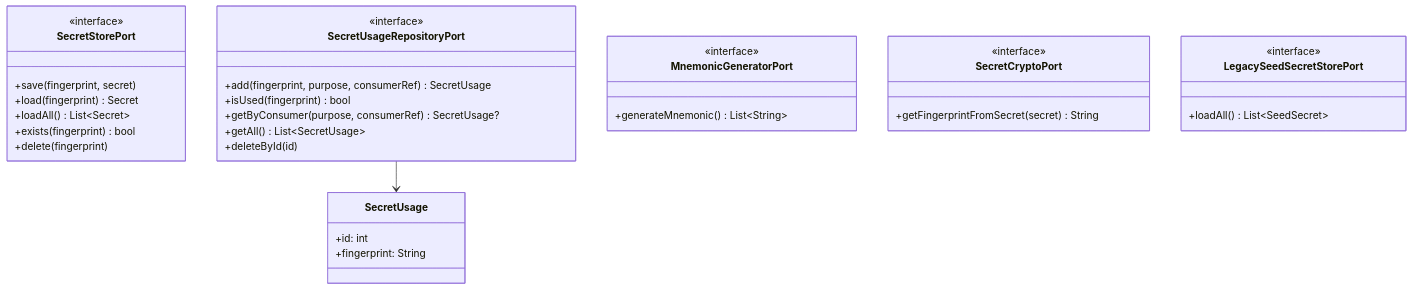
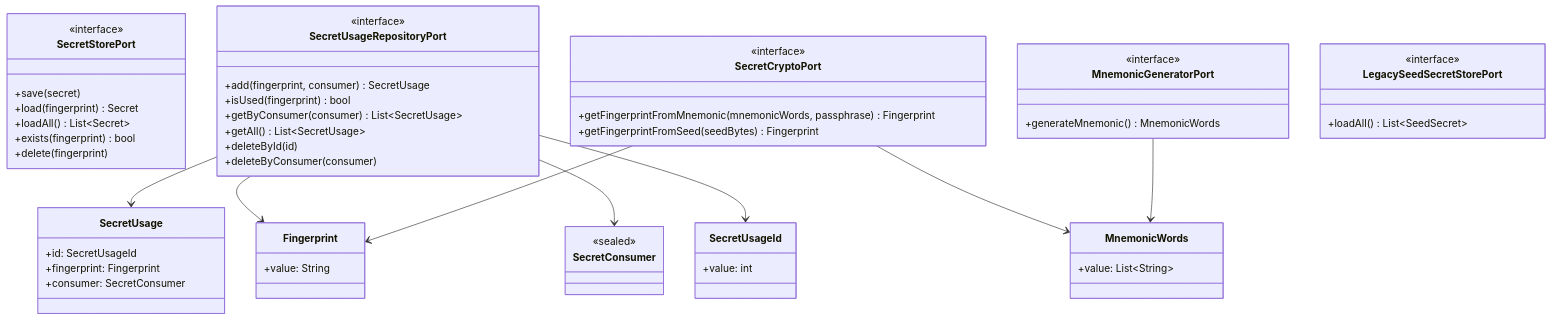
Before and after one commit to SatoshiPortal/bullbitcoin-mobile: the fourth of 17 diagrams in lib/features/secrets/secrets_architecture.md, drawn with Mermaid. The commit also changed other lines of this file and 16 other files, not shown here.

Commit message:
update architecture doc of secrets

````diff
--- a/lib/features/secrets/secrets_architecture.md
+++ b/lib/features/secrets/secrets_architecture.md
@@ -108,42 +147,67 @@
 ```mermaid
 classDiagram
     class SecretStorePort {
         <<interface>>
-        +save(fingerprint, secret)
+        +save(secret)
         +load(fingerprint) Secret
         +loadAll() List~Secret~
         +exists(fingerprint) bool
         +delete(fingerprint)
     }
 
     class SecretUsageRepositoryPort {
         <<interface>>
-        +add(fingerprint, purpose, consumerRef) SecretUsage
+        +add(fingerprint, consumer) SecretUsage
         +isUsed(fingerprint) bool
-        +getByConsumer(purpose, consumerRef) SecretUsage?
+        +getByConsumer(consumer) List~SecretUsage~
         +getAll() List~SecretUsage~
         +deleteById(id)
+        +deleteByConsumer(consumer)
     }
 
     class MnemonicGeneratorPort {
         <<interface>>
-        +generateMnemonic() List~String~
+        +generateMnemonic() MnemonicWords
     }
 
     class SecretCryptoPort {
         <<interface>>
-        +getFingerprintFromSecret(secret) String
+        +getFingerprintFromMnemonic(mnemonicWords, passphrase) Fingerprint
+        +getFingerprintFromSeed(seedBytes) Fingerprint
     }
 
     class LegacySeedSecretStorePort {
         <<interface>>
         +loadAll() List~SeedSecret~
     }
 
     class SecretUsage {
-        +id: int
-        +fingerprint: String
+        +id: SecretUsageId
+        +fingerprint: Fingerprint
+        +consumer: SecretConsumer
+    }
+
+    class Fingerprint {
+        +value: String
+    }
+
+    class SecretConsumer {
+        <<sealed>>
+    }
+
+    class MnemonicWords {
+        +value: List~String~
+    }
+
+    class SecretUsageId {
+        +value: int
     }
 
     SecretUsageRepositoryPort --> SecretUsage
+    SecretUsageRepositoryPort --> Fingerprint
+    SecretUsageRepositoryPort --> SecretConsumer
+    SecretUsageRepositoryPort --> SecretUsageId
+    SecretCryptoPort --> Fingerprint
+    SecretCryptoPort --> MnemonicWords
+    MnemonicGeneratorPort --> MnemonicWords
 ```
````
